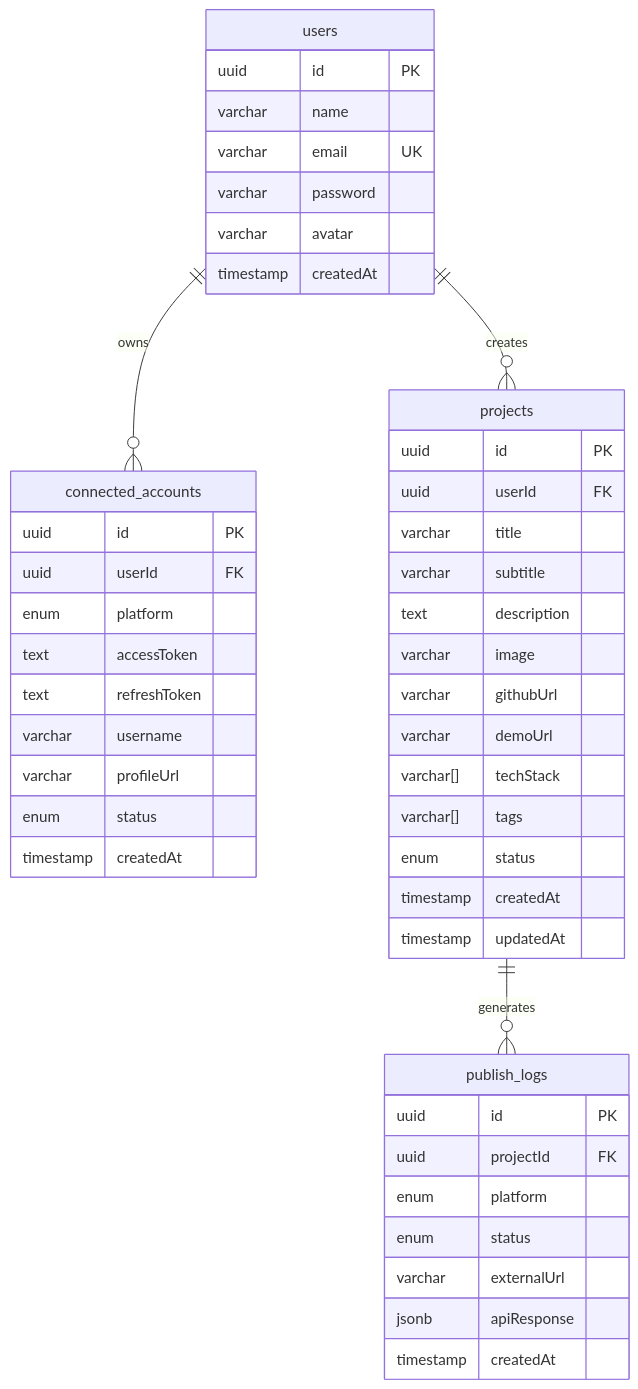
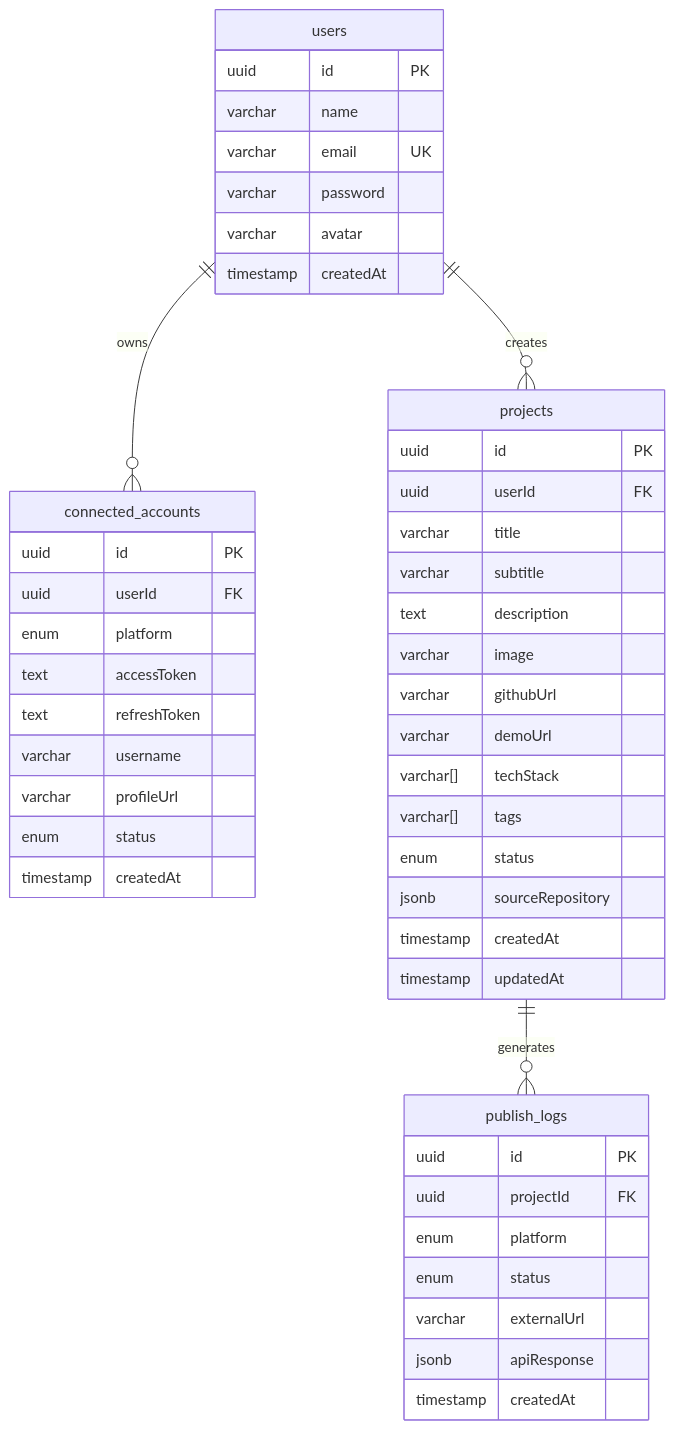
One commit to Prasanth915/Shift94 changed the diagram in docs/Database/README.md. Above: the diagram before and after it, drawn with Mermaid. The commit also changed other lines of this file and 56 other files, not shown here.

````diff
--- a/docs/Database/README.md
+++ b/docs/Database/README.md
@@ -7,50 +7,51 @@
 ```mermaid
 erDiagram
     users {
         uuid id PK
         varchar name
         varchar email UK
         varchar password
         varchar avatar
         timestamp createdAt
     }
     connected_accounts {
         uuid id PK
         uuid userId FK
         enum platform
         text accessToken
         text refreshToken
         varchar username
         varchar profileUrl
         enum status
         timestamp createdAt
     }
     projects {
         uuid id PK
         uuid userId FK
         varchar title
         varchar subtitle
         text description
         varchar image
         varchar githubUrl
         varchar demoUrl
         varchar[] techStack
         varchar[] tags
         enum status
+        jsonb sourceRepository
         timestamp createdAt
         timestamp updatedAt
     }
     publish_logs {
         uuid id PK
         uuid projectId FK
         enum platform
         enum status
         varchar externalUrl
         jsonb apiResponse
         timestamp createdAt
     }
 
     users ||--o{ connected_accounts : owns
     users ||--o{ projects : creates
     projects ||--o{ publish_logs : generates
 ```
````
